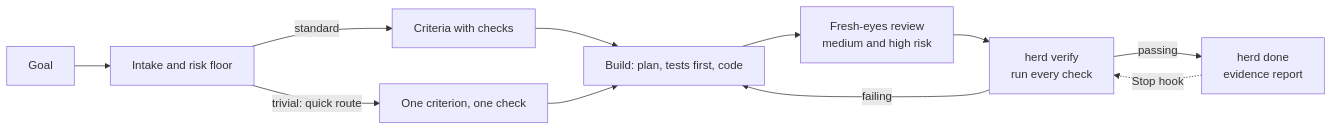
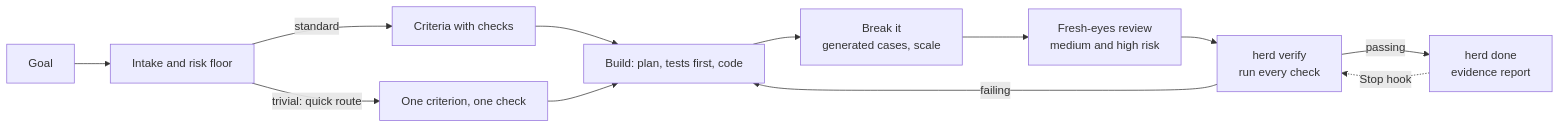
Before and after one commit to Beovulfo/herd-sdlc: the diagram in README.md, drawn with Mermaid. The commit also changed other lines of this file and 69 other files, not shown here.

````diff
--- a/README.md
+++ b/README.md
@@ -21,13 +80,14 @@
 ```mermaid
 flowchart LR
     A[Goal] --> B[Intake and risk floor]
     B -->|standard| C[Criteria with checks]
     B -->|trivial: quick route| Q[One criterion, one check]
     C --> D[Build: plan, tests first, code]
     Q --> D
-    D --> E[Fresh-eyes review<br/>medium and high risk]
+    D --> X[Break it<br/>generated cases, scale]
+    X --> E[Fresh-eyes review<br/>medium and high risk]
     E --> F[herd verify<br/>run every check]
     F -->|failing| D
     F -->|passing| G[herd done<br/>evidence report]
     G -.->|Stop hook| F
 ```
````
